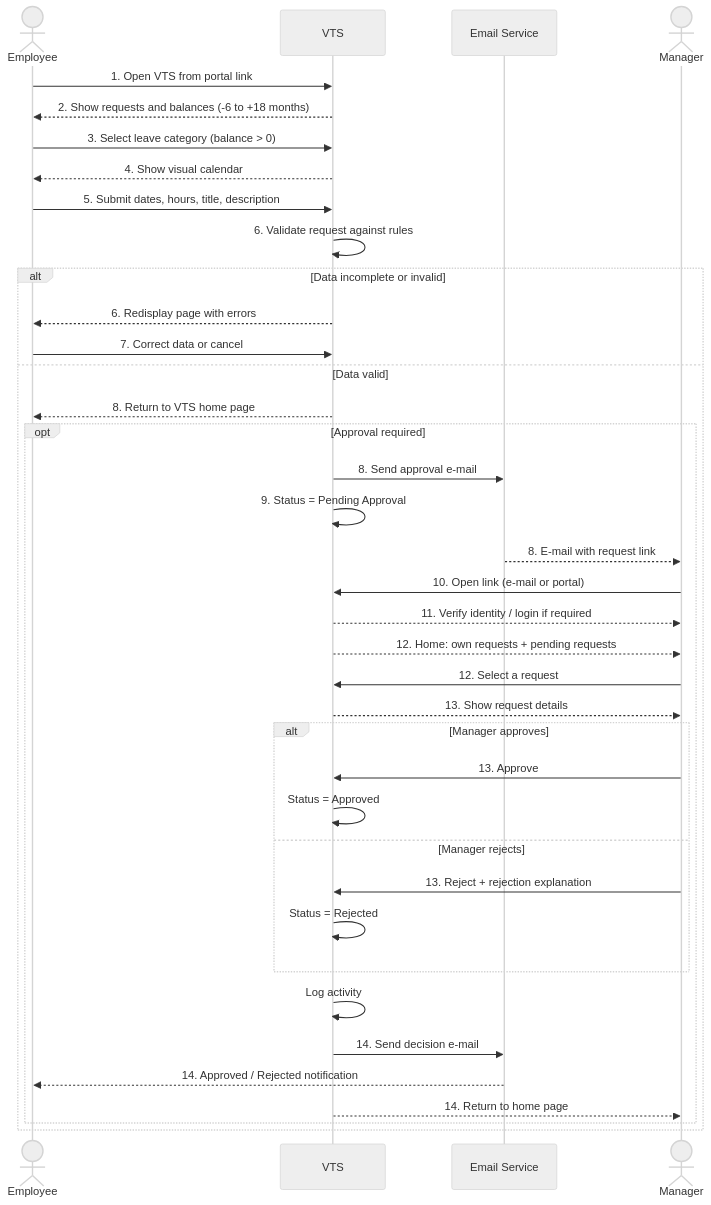
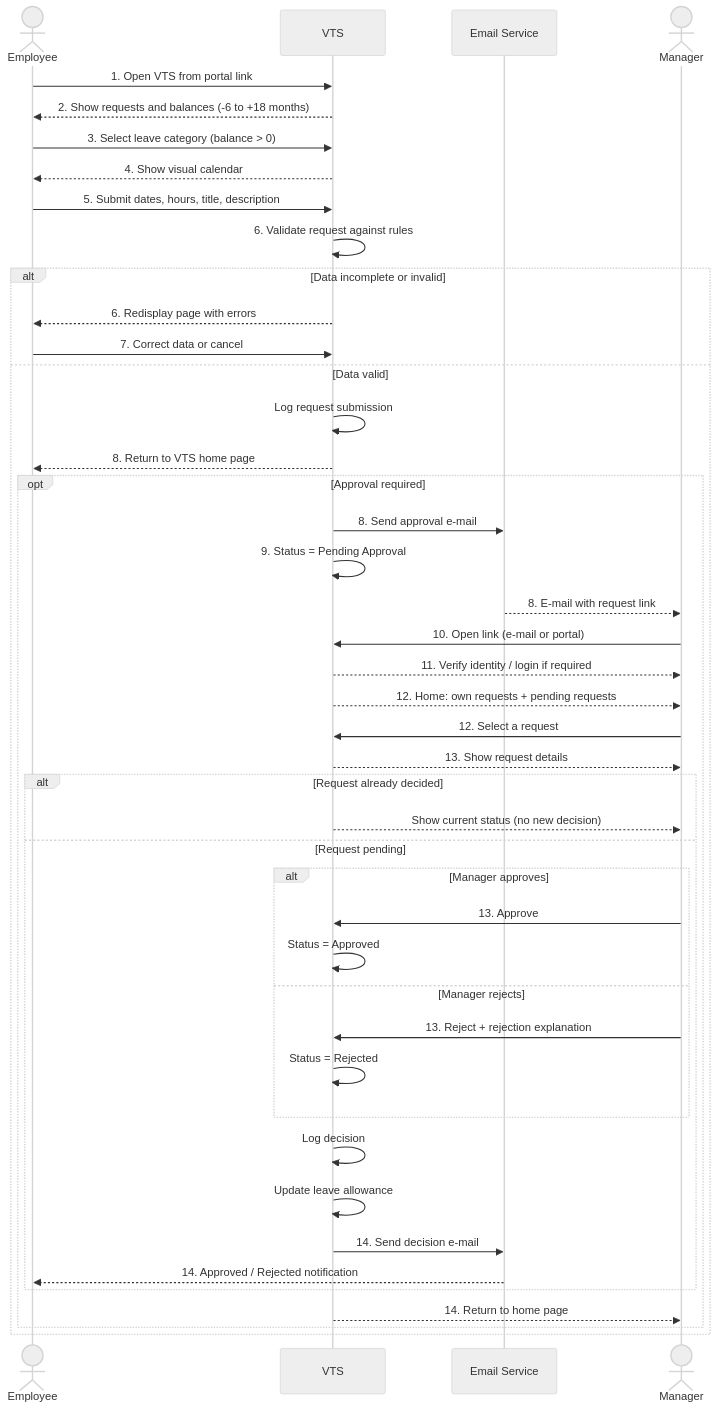
Before and after one commit to AhhmedNasser74/Vacation-Tracking-System: the third of 3 diagrams in README.md, drawn with Mermaid (neutral theme). The commit also changed other lines of this file, not shown here.

````diff
--- a/README.md
+++ b/README.md
@@ -287,42 +317,48 @@
 ```mermaid
 sequenceDiagram
     actor E as Employee
     participant V as VTS
     participant M as Email Service
     actor G as Manager
 
     E->>V: 1. Open VTS from portal link
     V-->>E: 2. Show requests and balances (-6 to +18 months)
     E->>V: 3. Select leave category (balance > 0)
     V-->>E: 4. Show visual calendar
     E->>V: 5. Submit dates, hours, title, description
     V->>V: 6. Validate request against rules
 
     alt Data incomplete or invalid
         V-->>E: 6. Redisplay page with errors
         E->>V: 7. Correct data or cancel
     else Data valid
+        V->>V: Log request submission
         V-->>E: 8. Return to VTS home page
         opt Approval required
             V->>M: 8. Send approval e-mail
             V->>V: 9. Status = Pending Approval
             M-->>G: 8. E-mail with request link
             G->>V: 10. Open link (e-mail or portal)
             V-->>G: 11. Verify identity / login if required
             V-->>G: 12. Home: own requests + pending requests
             G->>V: 12. Select a request
             V-->>G: 13. Show request details
-            alt Manager approves
-                G->>V: 13. Approve
-                V->>V: Status = Approved
-            else Manager rejects
-                G->>V: 13. Reject + rejection explanation
-                V->>V: Status = Rejected
+            alt Request already decided
+                V-->>G: Show current status (no new decision)
+            else Request pending
+                alt Manager approves
+                    G->>V: 13. Approve
+                    V->>V: Status = Approved
+                else Manager rejects
+                    G->>V: 13. Reject + rejection explanation
+                    V->>V: Status = Rejected
+                end
+                V->>V: Log decision
+                V->>V: Update leave allowance
+                V->>M: 14. Send decision e-mail
+                M-->>E: 14. Approved / Rejected notification
             end
-            V->>V: Log activity
-            V->>M: 14. Send decision e-mail
-            M-->>E: 14. Approved / Rejected notification
             V-->>G: 14. Return to home page
         end
     end
 ```
````
